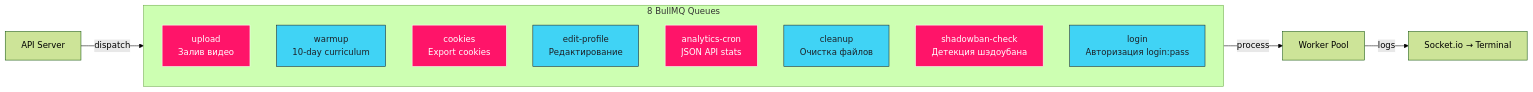
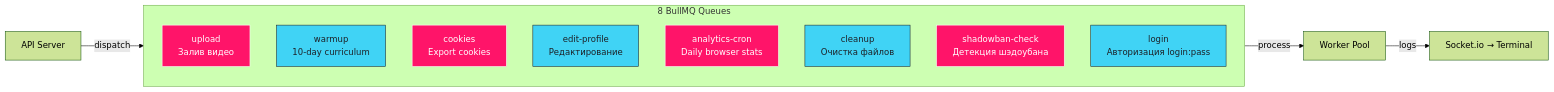
The fifth of 6 diagrams in README.md (simu-lacrum/melonitymedia), drawn with Mermaid (forest theme) before and after one commit. The commit also changed other lines of this file and 11 other files, not shown here.

````diff
--- a/README.md
+++ b/README.md
@@ -409,26 +409,26 @@
 ```mermaid
 graph LR
     subgraph Queues["8 BullMQ Queues"]
         Q1["upload<br/>Залив видео"]
         Q2["warmup<br/>10-day curriculum"]
         Q3["cookies<br/>Export cookies"]
         Q4["edit-profile<br/>Редактирование"]
-        Q5["analytics-cron<br/>JSON API stats"]
+        Q5["analytics-cron<br/>Daily browser stats"]
         Q6["cleanup<br/>Очистка файлов"]
         Q7["shadowban-check<br/>Детекция шэдоубана"]
         Q8["login<br/>Авторизация login:pass"]
     end
 
     API[API Server] -->|dispatch| Queues
     Queues -->|process| WORKER[Worker Pool]
     WORKER -->|logs| SOCKET["Socket.io → Terminal"]
 
     style Q1 fill:#ff1469,stroke:#fff,color:#fff
     style Q2 fill:#40D3F5,stroke:#1c2026,color:#1c2026
     style Q3 fill:#ff1469,stroke:#fff,color:#fff
     style Q4 fill:#40D3F5,stroke:#1c2026,color:#1c2026
     style Q5 fill:#ff1469,stroke:#fff,color:#fff
     style Q6 fill:#40D3F5,stroke:#1c2026,color:#1c2026
     style Q7 fill:#ff1469,stroke:#fff,color:#fff
     style Q8 fill:#40D3F5,stroke:#1c2026,color:#1c2026
 ```
````
